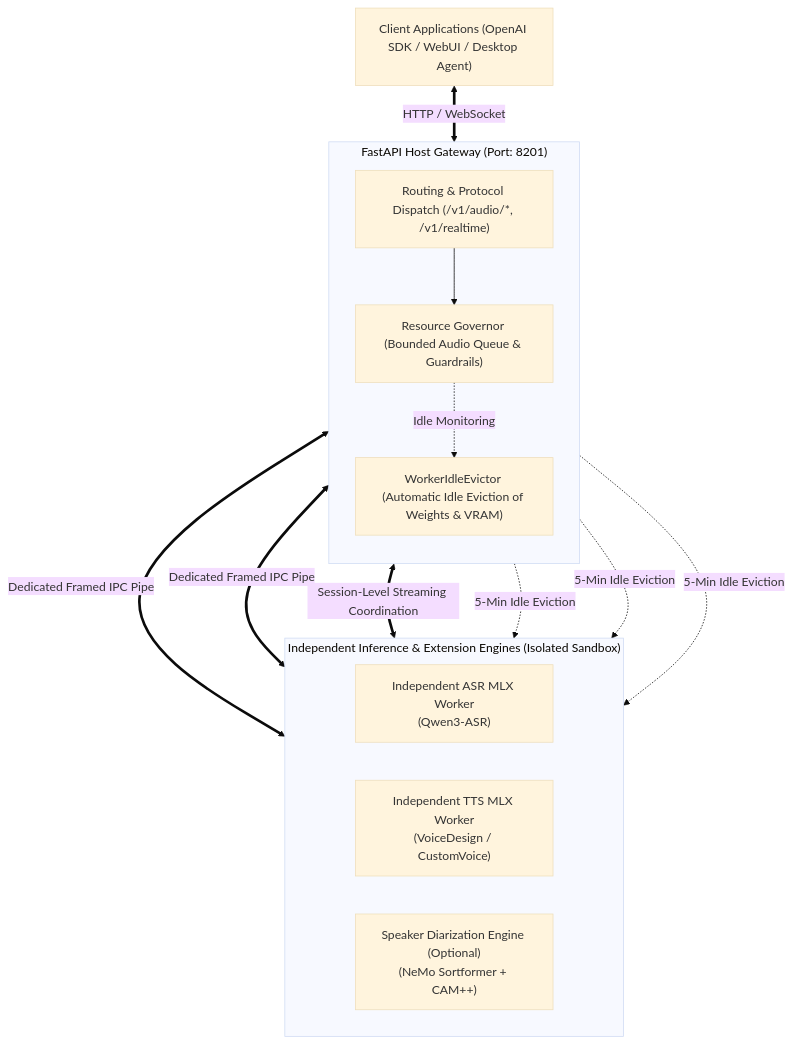
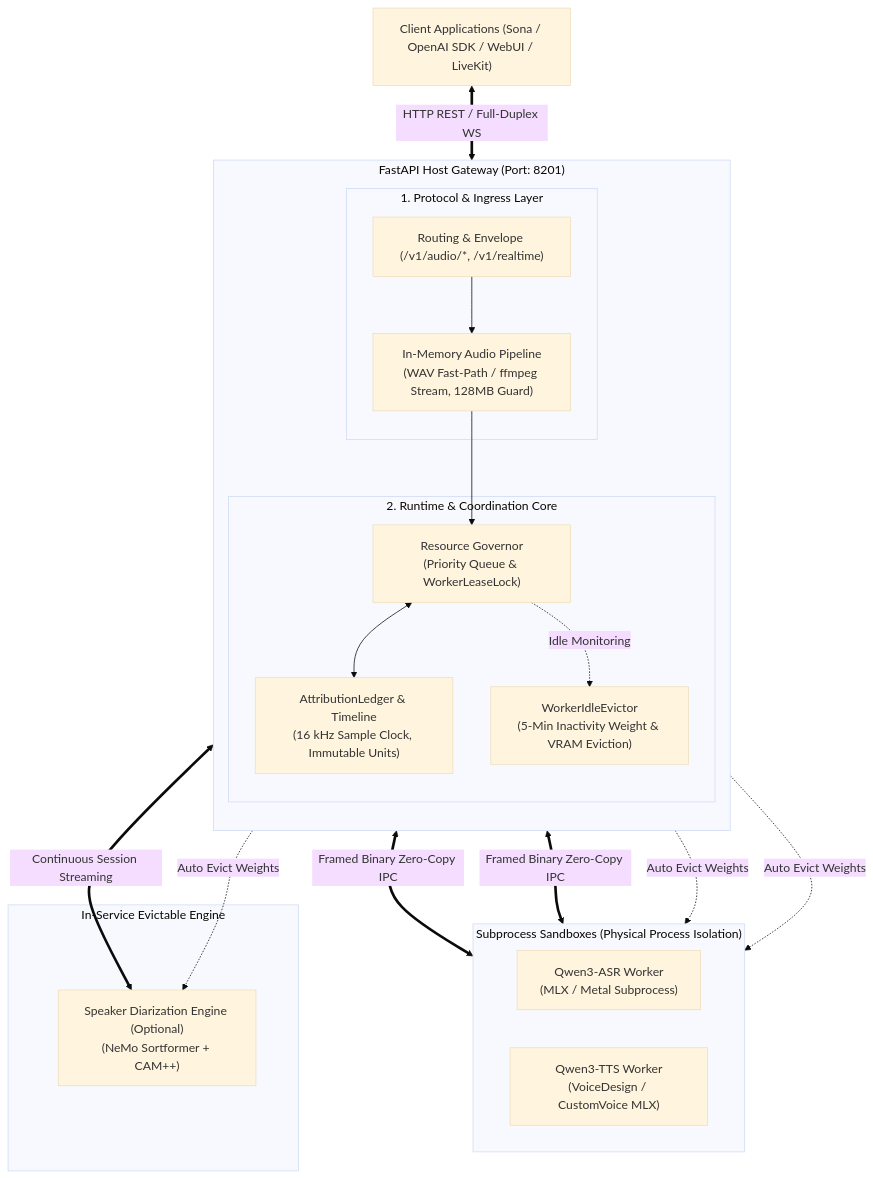
Before and after one commit to hrygo/SpeechRail: the diagram in README.md, drawn with Mermaid (base theme). The commit also changed other lines of this file and 5 other files, not shown here.

````diff
--- a/README.md
+++ b/README.md
@@ -329,28 +329,38 @@
 ```mermaid
 flowchart TD
-    Client["Client Applications (OpenAI SDK / WebUI / Desktop Agent)"]
+    Client["Client Applications (Sona / OpenAI SDK / WebUI / LiveKit)"]
 
     subgraph HostService["FastAPI Host Gateway (Port: 8201)"]
         direction TB
-        Router["Routing & Protocol Dispatch (/v1/audio/*, /v1/realtime)"]
-        Governor["Resource Governor (Bounded Audio Queue & Guardrails)"]
-        Evictor["WorkerIdleEvictor (Automatic Idle Eviction of Weights & VRAM)"]
-        Router --> Governor
+        subgraph Ingress["1. Protocol & Ingress Layer"]
+            Router["Routing & Envelope (/v1/audio/*, /v1/realtime)"]
+            Pipeline["In-Memory Audio Pipeline\n(WAV Fast-Path / ffmpeg Stream, 128MB Guard)"]
+        end
+        subgraph Core["2. Runtime & Coordination Core"]
+            Governor["Resource Governor\n(Priority Queue & WorkerLeaseLock)"]
+            Ledger["AttributionLedger & Timeline\n(16 kHz Sample Clock, Immutable Units)"]
+            Evictor["WorkerIdleEvictor\n(5-Min Inactivity Weight & VRAM Eviction)"]
+        end
+        Router --> Pipeline --> Governor
+        Governor <--> Ledger
         Governor -. Idle Monitoring .-> Evictor
     end
 
-    subgraph Workers["Independent Inference & Extension Engines (Isolated Sandbox)"]
+    subgraph SubprocessSandboxes["Subprocess Sandboxes (Physical Process Isolation)"]
         direction LR
-        ASRWorker["Independent ASR MLX Worker\n(Qwen3-ASR)"]
-        TTSWorker["Independent TTS MLX Worker\n(VoiceDesign / CustomVoice)"]
+        ASRWorker["Qwen3-ASR Worker\n(MLX / Metal Subprocess)"]
+        TTSWorker["Qwen3-TTS Worker\n(VoiceDesign / CustomVoice MLX)"]
+    end
+
+    subgraph InServiceEngine["In-Service Evictable Engine"]
         DiarizeEngine["Speaker Diarization Engine (Optional)\n(NeMo Sortformer + CAM++)"]
     end
 
-    Client <== "HTTP / WebSocket" ==> Router
-    Governor <== "Dedicated Framed IPC Pipe" ==> ASRWorker
-    Governor <== "Dedicated Framed IPC Pipe" ==> TTSWorker
-    Governor <== "Session-Level Streaming Coordination" ==> DiarizeEngine
-    Evictor -. 5-Min Idle Eviction .-> ASRWorker
-    Evictor -. 5-Min Idle Eviction .-> TTSWorker
-    Evictor -. 5-Min Idle Eviction .-> DiarizeEngine
+    Client <== "HTTP REST / Full-Duplex WS" ==> Router
+    Governor <== "Framed Binary Zero-Copy IPC" ==> ASRWorker
+    Governor <== "Framed Binary Zero-Copy IPC" ==> TTSWorker
+    Governor <== "Continuous Session Streaming" ==> DiarizeEngine
+    Evictor -. Auto Evict Weights .-> ASRWorker
+    Evictor -. Auto Evict Weights .-> TTSWorker
+    Evictor -. Auto Evict Weights .-> DiarizeEngine
 ```
````
